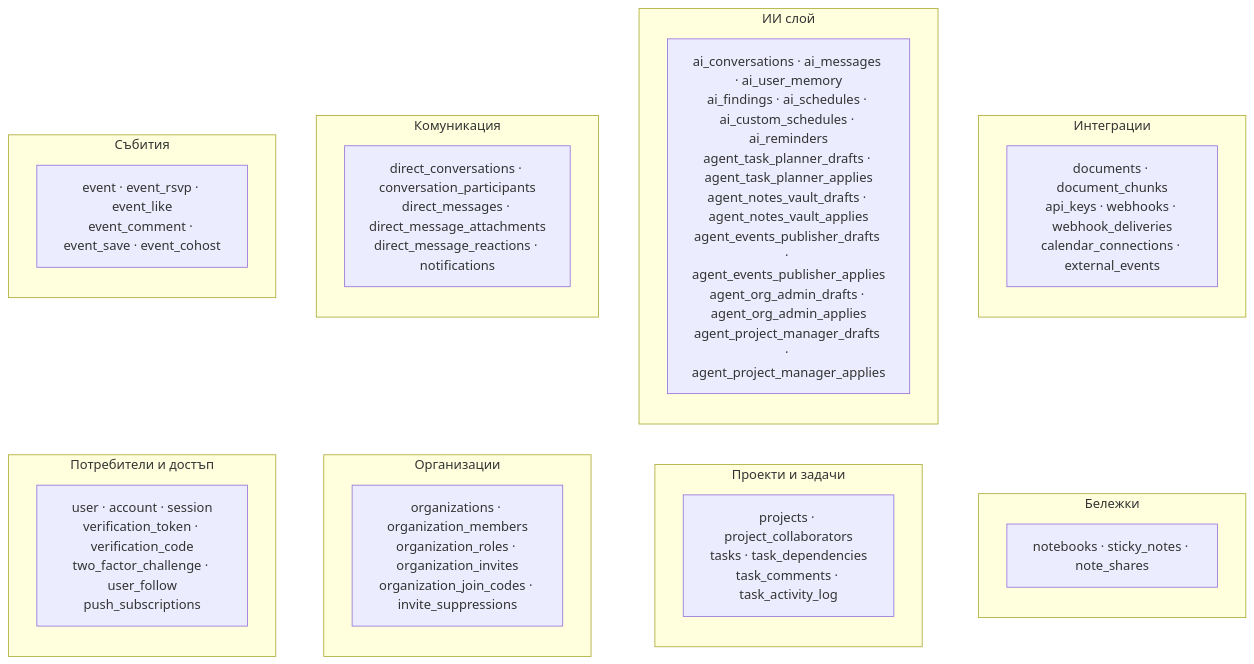
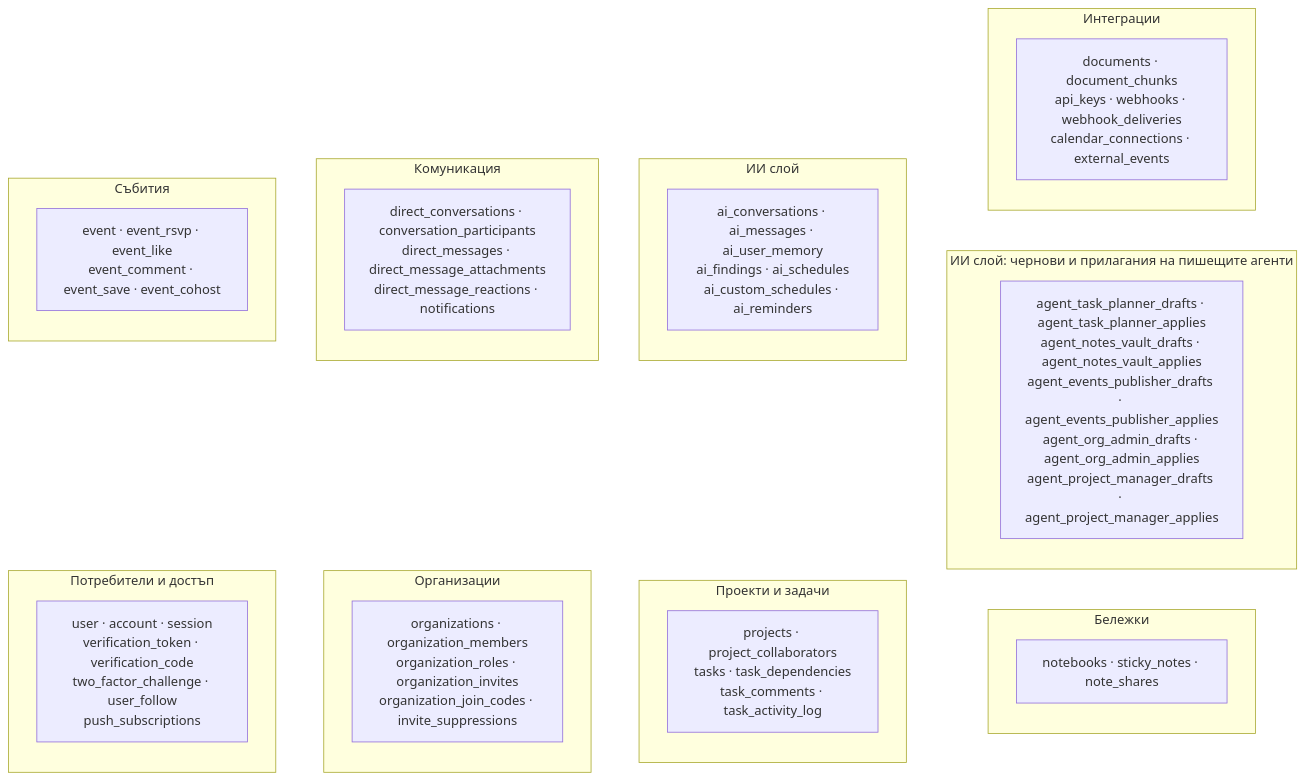
The fifth of 19 diagrams in docs/diploma/diagrams/GALLERY.md (tuncheva/KAIROS), drawn with Mermaid before and after one commit. The commit also changed other lines of this file and 68 other files, not shown here.

First line of the commit message:
fix(thesis): replace Word-drawn figures; apply approved diagram changes

````diff
--- a/docs/diploma/diagrams/GALLERY.md
+++ b/docs/diploma/diagrams/GALLERY.md
@@ -144,30 +146,34 @@
 ```mermaid
 %% Фигура 5 – Домейни в релационния модел (проверка: всички таблици точно веднъж)
 flowchart LR
   subgraph D1["Потребители и достъп"]
     d1["user · account · session<br>verification_token · verification_code<br>two_factor_challenge · user_follow<br>push_subscriptions"]
   end
   subgraph D2["Организации"]
     d2["organizations · organization_members<br>organization_roles · organization_invites<br>organization_join_codes · invite_suppressions"]
   end
   subgraph D3["Проекти и задачи"]
     d3["projects · project_collaborators<br>tasks · task_dependencies<br>task_comments · task_activity_log"]
   end
   subgraph D4["Бележки"]
     d4["notebooks · sticky_notes · note_shares"]
   end
   subgraph D5["Събития"]
     d5["event · event_rsvp · event_like<br>event_comment · event_save · event_cohost"]
   end
   subgraph D6["Комуникация"]
     d6["direct_conversations · conversation_participants<br>direct_messages · direct_message_attachments<br>direct_message_reactions · notifications"]
   end
   subgraph D7["ИИ слой"]
-    d7["ai_conversations · ai_messages · ai_user_memory<br>ai_findings · ai_schedules · ai_custom_schedules · ai_reminders<br>agent_task_planner_drafts · agent_task_planner_applies<br>agent_notes_vault_drafts · agent_notes_vault_applies<br>agent_events_publisher_drafts · agent_events_publisher_applies<br>agent_org_admin_drafts · agent_org_admin_applies<br>agent_project_manager_drafts · agent_project_manager_applies"]
+    d7["ai_conversations · ai_messages · ai_user_memory<br>ai_findings · ai_schedules<br>ai_custom_schedules · ai_reminders"]
+  end
+  subgraph D9["ИИ слой: чернови и прилагания на пишещите агенти"]
+    d9["agent_task_planner_drafts · agent_task_planner_applies<br>agent_notes_vault_drafts · agent_notes_vault_applies<br>agent_events_publisher_drafts · agent_events_publisher_applies<br>agent_org_admin_drafts · agent_org_admin_applies<br>agent_project_manager_drafts · agent_project_manager_applies"]
   end
   subgraph D8["Интеграции"]
     d8["documents · document_chunks<br>api_keys · webhooks · webhook_deliveries<br>calendar_connections · external_events"]
   end
   D1 ~~~ D2 ~~~ D3 ~~~ D4
   D5 ~~~ D6 ~~~ D7 ~~~ D8
+  D7 ~~~ D9
 ```
````
